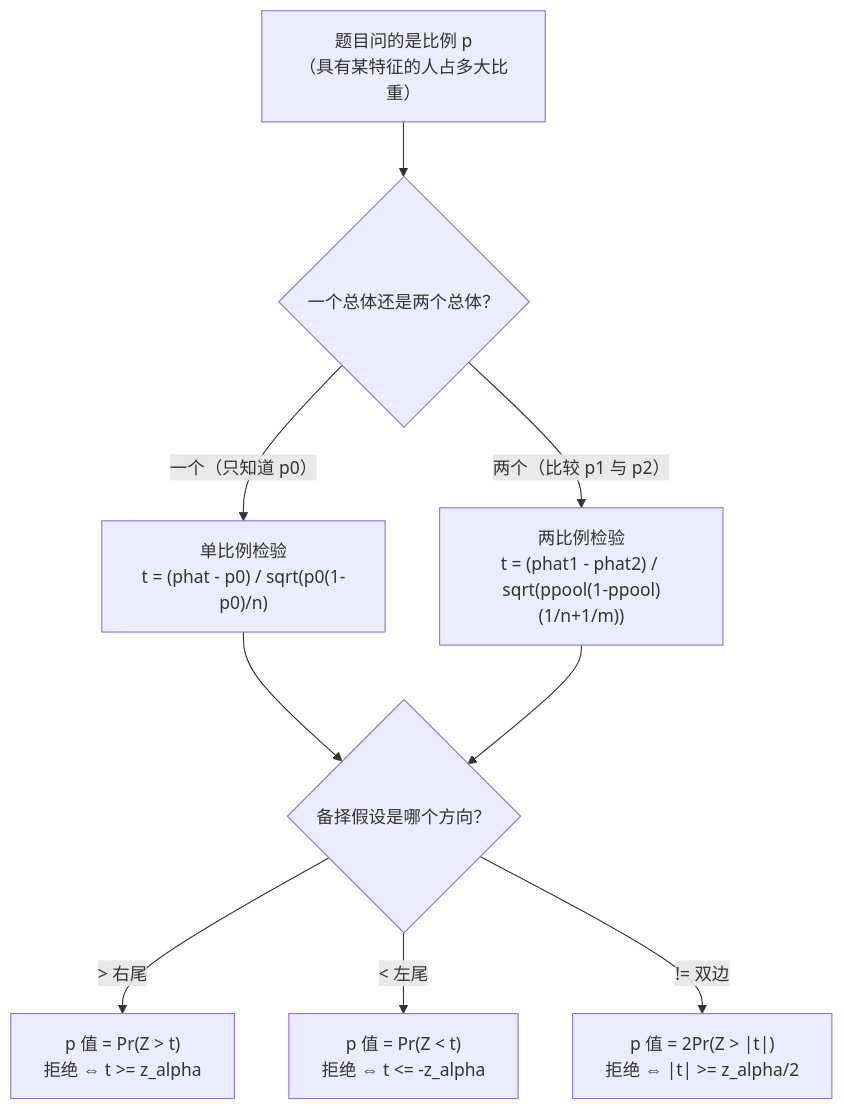
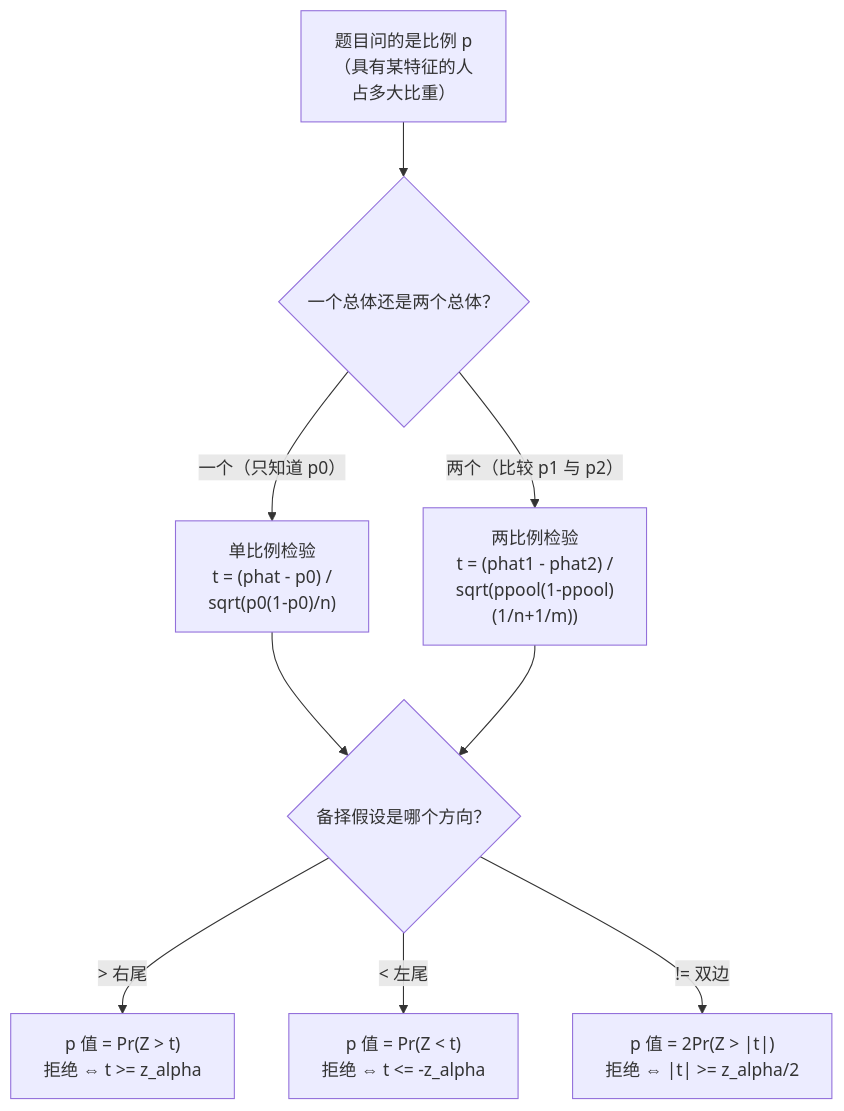
The diagram in docs/STA2002-Probability-and-Statistics-II/lecture8-hypothesis-testing-iii.md (zalexk/lecture-note), drawn with Mermaid before and after one commit. The commit also changed other lines of this file and 12 other files, not shown here.

First line of the commit message:
docs(STA2002): 重整 L8/L9 笔记、补概念图并修复 Mermaid 标签裁切

````diff
--- a/docs/STA2002-Probability-and-Statistics-II/lecture8-hypothesis-testing-iii.md
+++ b/docs/STA2002-Probability-and-Statistics-II/lecture8-hypothesis-testing-iii.md
@@ -85,11 +101,11 @@
 ```mermaid
 flowchart TD
-    A["题目问的是比例 p<br/>（具有某特征的人占多大比重）"] --> B{"一个总体还是两个总体？"}
-    B -- "一个（只知道 p0）" --> C["单比例检验<br/>t = (phat - p0) / sqrt(p0(1-p0)/n)"]
-    B -- "两个（比较 p1 与 p2）" --> D["两比例检验<br/>t = (phat1 - phat2) / sqrt(ppool(1-ppool)(1/n+1/m))"]
+    A["题目问的是比例 p<br/>（具有某特征的人<br/>占多大比重）"] --> B{"一个总体还是两个总体？"}
+    B -- "一个（只知道 p0）" --> C["单比例检验<br/>t = (phat - p0) /<br/>sqrt(p0(1-p0)/n)"]
+    B -- "两个（比较 p1 与 p2）" --> D["两比例检验<br/>t = (phat1 - phat2) /<br/>sqrt(ppool(1-ppool)<br/>(1/n+1/m))"]
     C --> E{"备择假设是哪个方向？"}
     D --> E
     E -- "> 右尾" --> F["p 值 = Pr(Z > t)<br/>拒绝 ⇔ t >= z_alpha"]
     E -- "< 左尾" --> G["p 值 = Pr(Z < t)<br/>拒绝 ⇔ t <= -z_alpha"]
     E -- "!= 双边" --> H["p 值 = 2Pr(Z > |t|)<br/>拒绝 ⇔ |t| >= z_alpha/2"]
 ```
````
